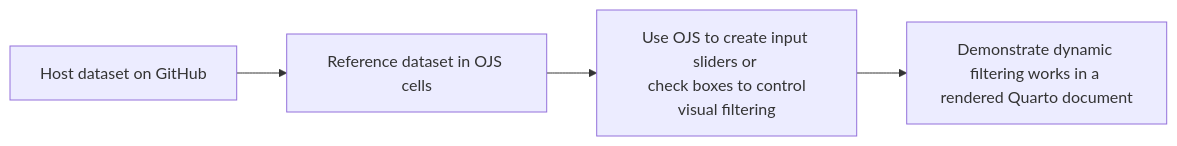
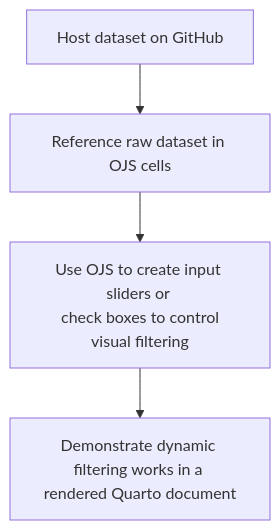
Before and after one commit to mc-scott/ds-blog: the diagram in posts/ojs-workflow/index.qmd, drawn with Mermaid. The commit also changed other lines of this file and 3 other files, not shown here.

````diff
--- a/posts/ojs-workflow/index.qmd
+++ b/posts/ojs-workflow/index.qmd
@@ -20,8 +21,8 @@
 ```{mermaid}
-graph LR
+graph TD
     B[Host dataset on GitHub]
-    B --> C[Reference dataset in OJS cells]
+    B --> C[Reference raw dataset in OJS cells]
     C --> D[Use OJS to create input sliders or <br> check boxes to control visual filtering]
     D --> E[Demonstrate dynamic filtering works in a rendered Quarto document]
 
 ```
````
